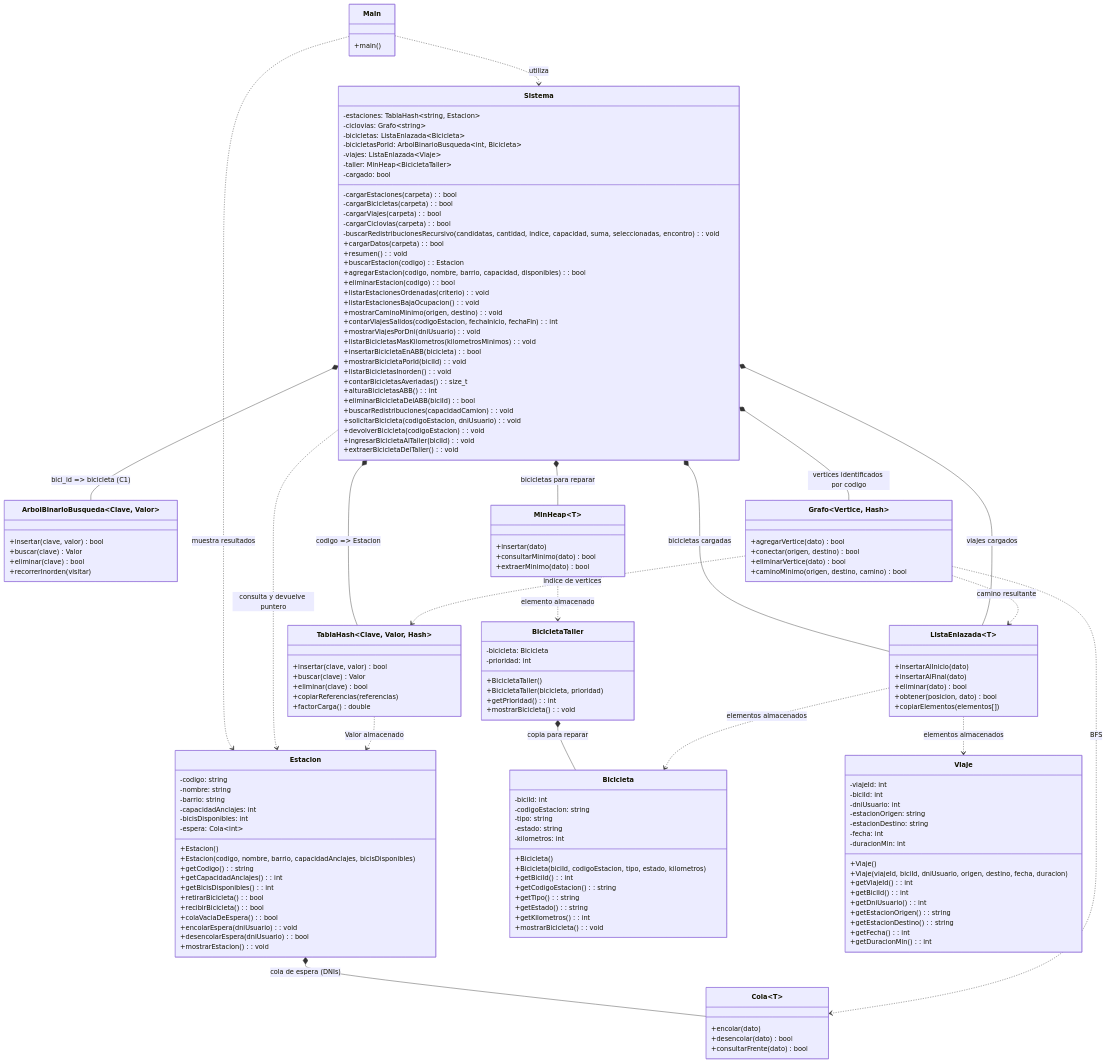
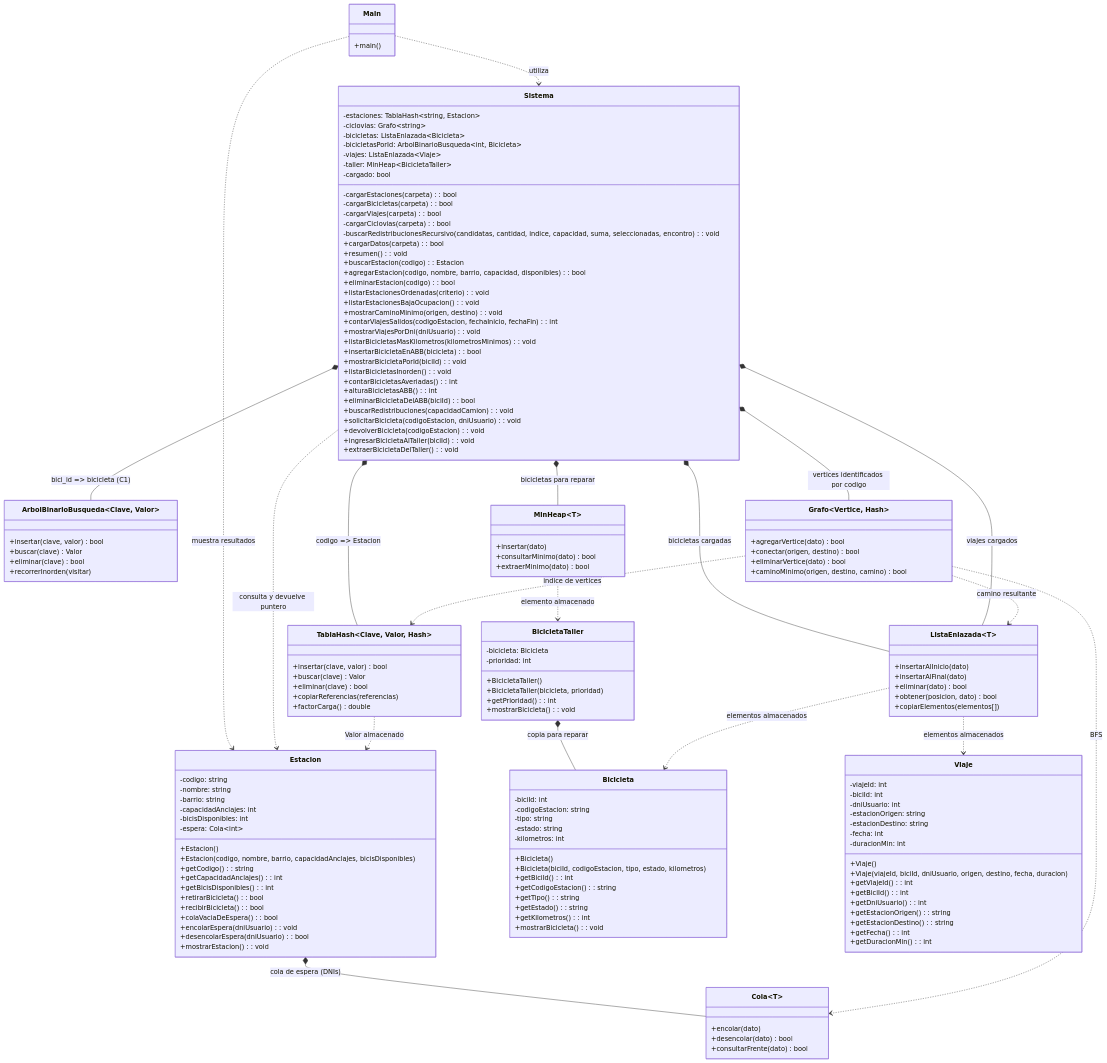
One commit to cberto/algoritmos changed the diagram in TP - Integrador/UML_ACTUAL.md. Above: the diagram before and after it, drawn with Mermaid. The commit also changed 13 other files, not shown here.

```diff
--- a/TP - Integrador/UML_ACTUAL.md
+++ b/TP - Integrador/UML_ACTUAL.md
@@ -35,7 +35,7 @@
         +insertarBicicletaEnABB(bicicleta): bool
         +mostrarBicicletaPorId(biciId): void
         +listarBicicletasInorden(): void
-        +contarBicicletasAveriadas(): size_t
+        +contarBicicletasAveriadas(): int
         +alturaBicicletasABB(): int
         +eliminarBicicletaDelABB(biciId): bool
         +buscarRedistribuciones(capacidadCamion): void
```
